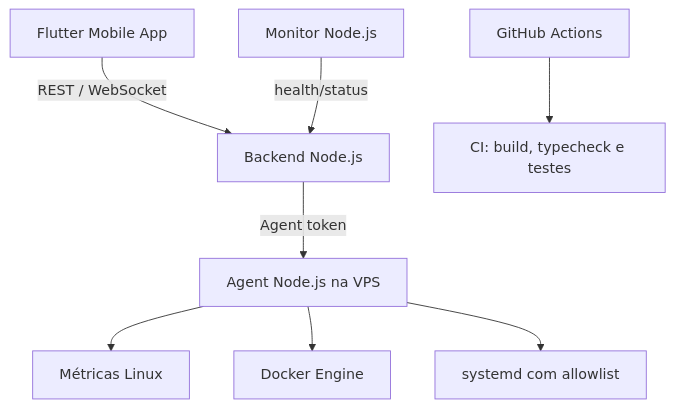
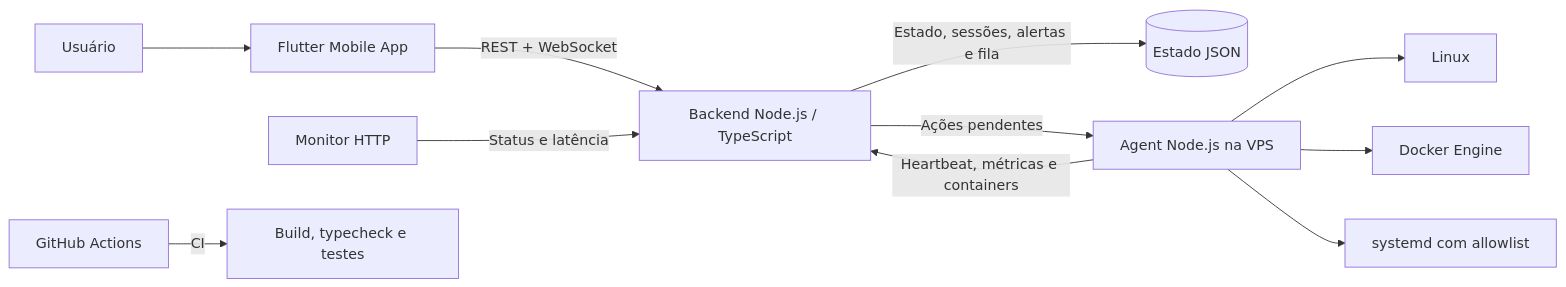
Before and after one commit to CostaPaiiva/Portfolio-showcase: the diagram in VPS-Controller/README.md, drawn with Mermaid. The commit also changed other lines of this file, not shown here.

````diff
--- a/VPS-Controller/README.md
+++ b/VPS-Controller/README.md
@@ -31,10 +45,13 @@
 ```mermaid
-flowchart TD
-    A[Flutter Mobile App] -->|REST / WebSocket| B[Backend Node.js]
-    B -->|Agent token| C[Agent Node.js na VPS]
-    C --> D[Métricas Linux]
-    C --> E[Docker Engine]
-    C --> F[systemd com allowlist]
-    G[Monitor Node.js] -->|health/status| B
-    H[GitHub Actions] --> I[CI: build, typecheck e testes]
+flowchart LR
+    U[Usuário] --> M[Flutter Mobile App]
+    M -->|REST + WebSocket| B[Backend Node.js / TypeScript]
+    B -->|Estado, sessões, alertas e fila| S[(Estado JSON)]
+    A[Agent Node.js na VPS] -->|Heartbeat, métricas e containers| B
+    B -->|Ações pendentes| A
+    A --> L[Linux]
+    A --> D[Docker Engine]
+    A --> Y[systemd com allowlist]
+    X[Monitor HTTP] -->|Status e latência| B
+    G[GitHub Actions] -->|CI| R[Build, typecheck e testes]
 ```
````
